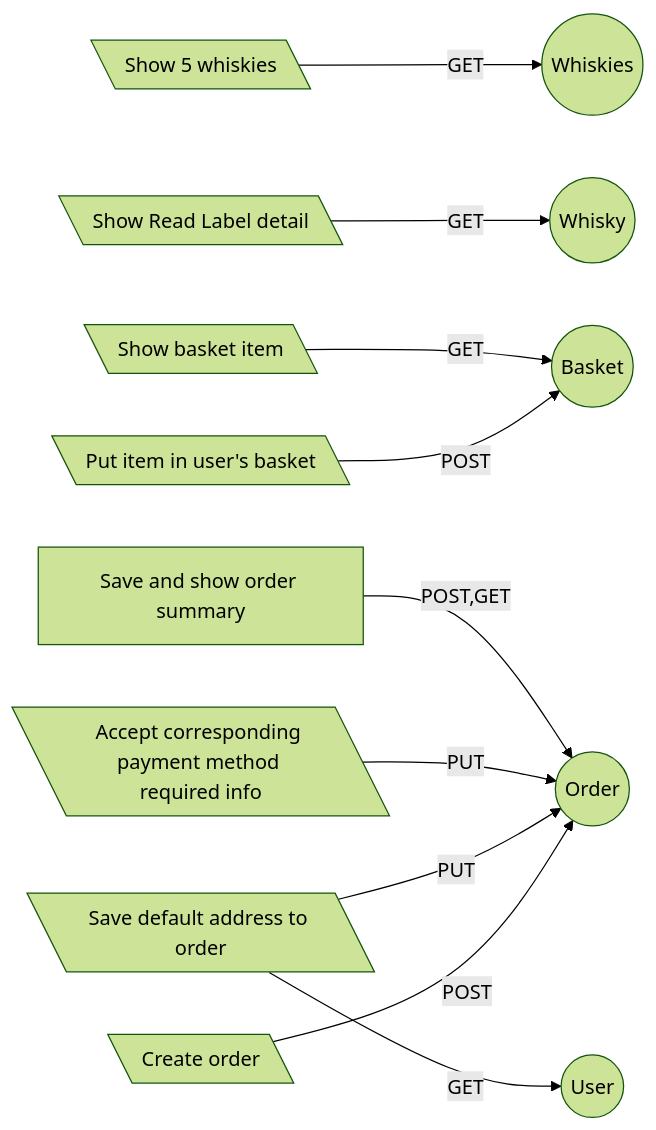
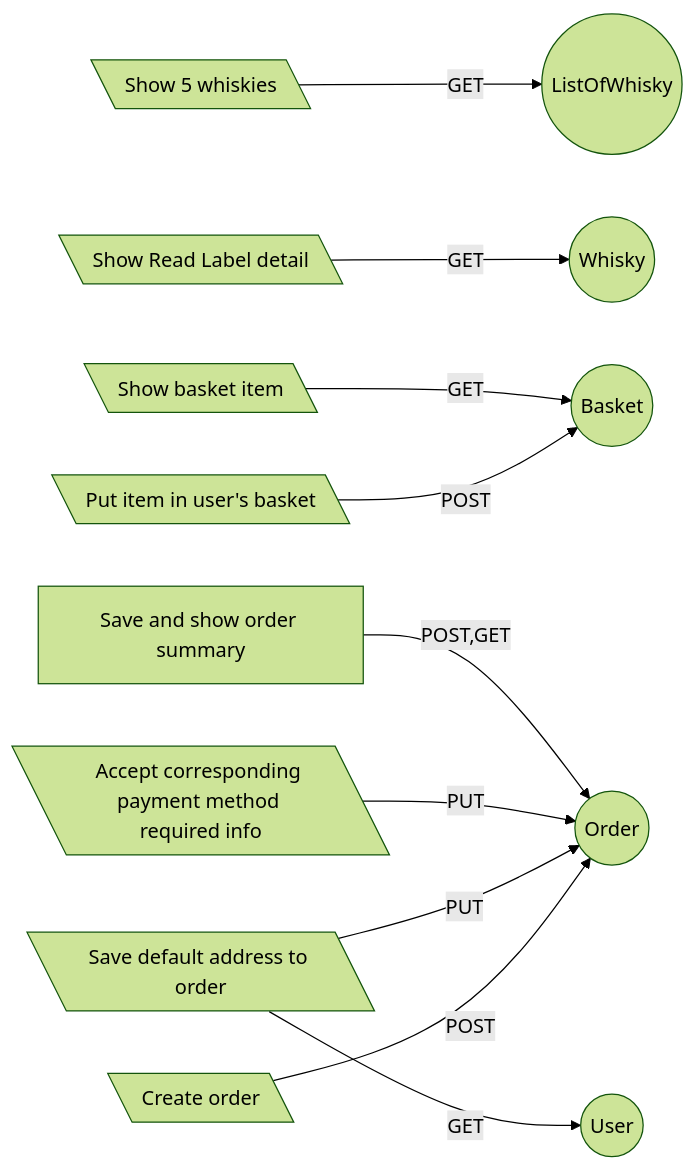
One commit to aniwat0554/assignment-java-boot-camp changed the third of 4 diagrams in READMe.md. Above: the diagram before and after it, drawn with Mermaid (forest theme).

````diff
--- a/READMe.md
+++ b/READMe.md
@@ -31,13 +31,13 @@
 ```mermaid
     graph LR
-    Catalog[\"Show 5 whiskies"\] --> |GET| Whiskies((Whiskies))
+    Catalog[\"Show 5 whiskies"\] --> |GET| Whiskies((ListOfWhisky))
     Detail[\"Show Read Label detail"\] -->|GET| Whisky(("Whisky"))
     BasketPut[\"Put item in user's basket"\] -->|POST| Basket(("Basket"))
     BasketShow[\Show basket item\] -->|GET| Basket((Basket)) 
     Payment[\"Create order"\] --> |POST| Order(("Order"))
     Shipping[\"Save default address to order"\] -->|GET| User(("User"))
     Shipping[\"Save default address to order"\] -->|PUT| Order(("Order"))
     
     PaymentMethodSelect[\"Accept corresponding payment method required info"\]  -->|PUT| Order(("Order"))
     Confirm["Save and show order summary"] -->|POST,GET| Order(("Order"))
 ```
````
